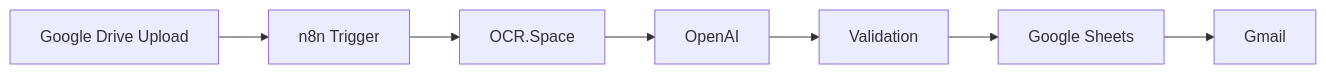
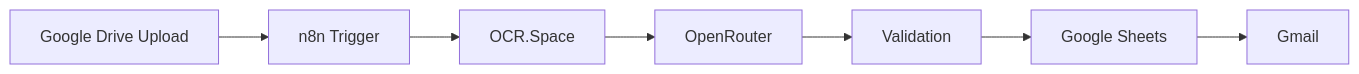
The diagram in docs/architecture.md (Powelzzz/ai-invoice-automation), drawn with Mermaid before and after one commit. The commit also changed other lines of this file and 8 other files, not shown here.

Commit message:
Replace OpenAI with OpenRouter across all docs and config

````diff
--- a/docs/architecture.md
+++ b/docs/architecture.md
@@ -7,9 +7,9 @@
 ```mermaid
 flowchart LR
     A[Google Drive Upload] --> B[n8n Trigger]
     B --> C[OCR.Space]
-    C --> D[OpenAI]
+    C --> D[OpenRouter]
     D --> E[Validation]
     E --> F[Google Sheets]
     F --> G[Gmail]
 ```
````
